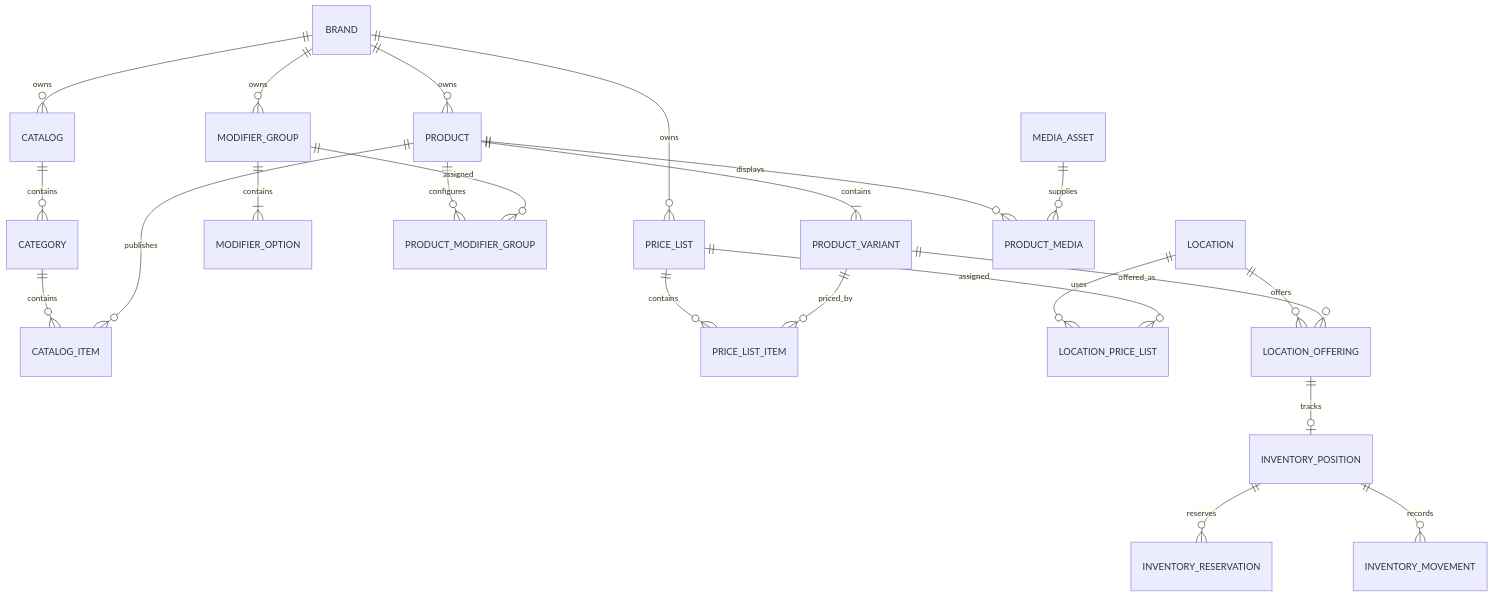
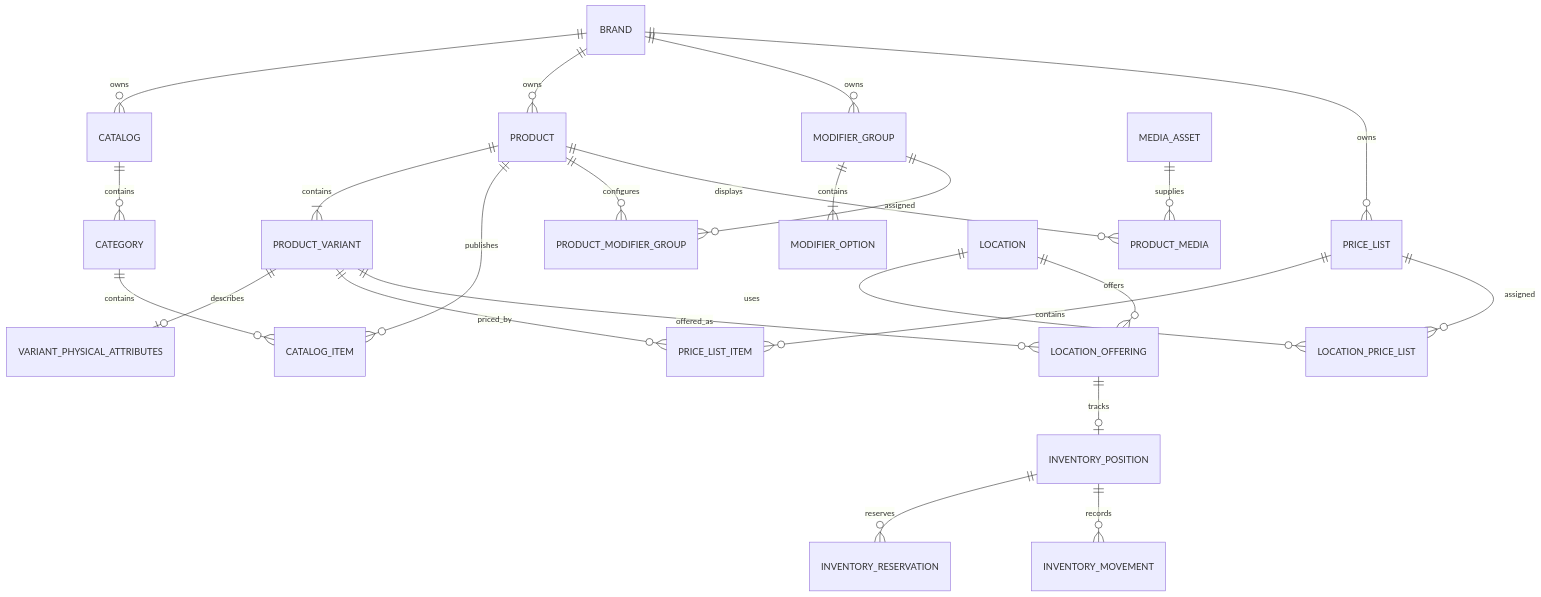
Before and after one commit to justachamp/horecaos: the second of 8 diagrams in platform/docs/domains/erd.md, drawn with Mermaid. The commit also changed other lines of this file and 3 other files, not shown here.

First line of the commit message:
docs: ADR 0137 is Partial (backend built), ERD and order state machine describe it

````diff
--- a/platform/docs/domains/erd.md
+++ b/platform/docs/domains/erd.md
@@ -36,29 +36,30 @@
 ```mermaid
 erDiagram
     BRAND ||--o{ CATALOG : owns
     CATALOG ||--o{ CATEGORY : contains
     BRAND ||--o{ PRODUCT : owns
     PRODUCT ||--|{ PRODUCT_VARIANT : contains
+    PRODUCT_VARIANT ||--o| VARIANT_PHYSICAL_ATTRIBUTES : describes
     CATEGORY ||--o{ CATALOG_ITEM : contains
     PRODUCT ||--o{ CATALOG_ITEM : publishes
 
     BRAND ||--o{ MODIFIER_GROUP : owns
     MODIFIER_GROUP ||--|{ MODIFIER_OPTION : contains
     PRODUCT ||--o{ PRODUCT_MODIFIER_GROUP : configures
     MODIFIER_GROUP ||--o{ PRODUCT_MODIFIER_GROUP : assigned
 
     BRAND ||--o{ PRICE_LIST : owns
     PRICE_LIST ||--o{ PRICE_LIST_ITEM : contains
     PRODUCT_VARIANT ||--o{ PRICE_LIST_ITEM : priced_by
     LOCATION ||--o{ LOCATION_PRICE_LIST : uses
     PRICE_LIST ||--o{ LOCATION_PRICE_LIST : assigned
 
     LOCATION ||--o{ LOCATION_OFFERING : offers
     PRODUCT_VARIANT ||--o{ LOCATION_OFFERING : offered_as
     LOCATION_OFFERING ||--o| INVENTORY_POSITION : tracks
     INVENTORY_POSITION ||--o{ INVENTORY_RESERVATION : reserves
     INVENTORY_POSITION ||--o{ INVENTORY_MOVEMENT : records
 
     PRODUCT ||--o{ PRODUCT_MEDIA : displays
     MEDIA_ASSET ||--o{ PRODUCT_MEDIA : supplies
 ```
````
